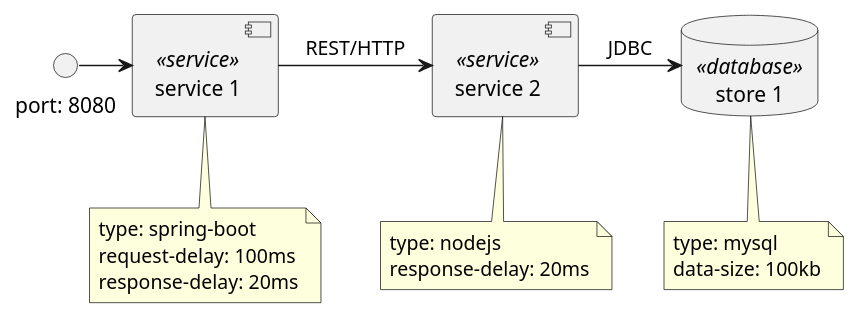
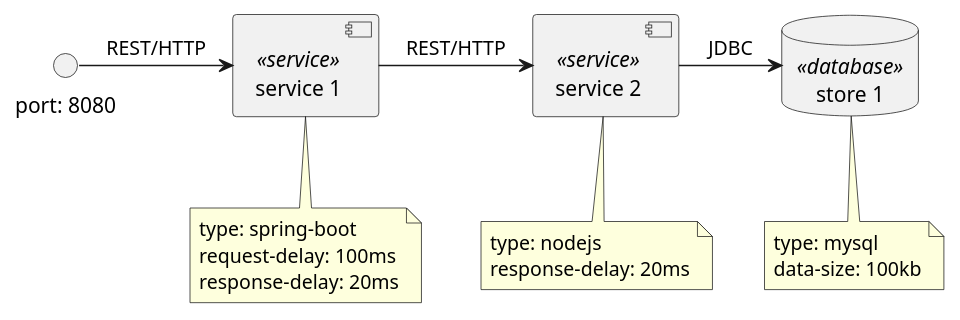
One commit to iteratec/microzoo changed the diagram in scenarios/basic.puml. Above: the diagram before and after it, drawn with PlantUML. The commit also changed 3 other files, not shown here.

```diff
--- a/scenarios/basic.puml
+++ b/scenarios/basic.puml
@@ -1,30 +1,30 @@
 @startuml
 
 database "store 1" <<database>>
 note bottom of "store 1" {
     type: mysql
     data-size: 100kb
 }
 
 component "service 1" <<service>>
 note bottom of "service 1" {
     type: spring-boot
     request-delay: 100ms
     response-delay: 20ms
 }
 
 component "service 2" <<service>>
 note bottom of "service 2" {
     type: nodejs
     response-delay: 20ms
 }
 
 interface "port: 8080"
 
 [service 1] -> [service 2]: REST/HTTP
 
 [service 2] -> [store 1]: JDBC
 
-[port: 8080] -> [service 1]
+[port: 8080] -> [service 1]: REST/HTTP
 
 @enduml
```
